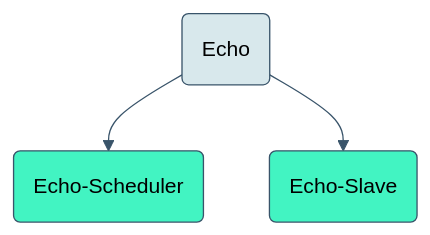
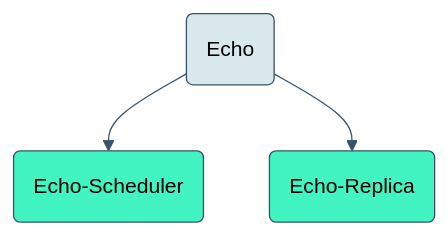
The second of 3 diagrams in reference/halyard/high-availability.md (spinnaker/spinnaker.github.io), drawn with Mermaid (forest theme) before and after one commit. The commit also changed other lines of this file, not shown here.

Commit message:
docs(halyard/ha): Rename echo-slave to recho-replicax.

```diff
--- a/reference/halyard/high-availability.md
+++ b/reference/halyard/high-availability.md
@@ -82,12 +82,12 @@
  <div class="mermaid">
  graph TB
 
  echo(Echo) --> echo-scheduler(Echo-Scheduler);
- echo(Echo) --> echo-slave(Echo-Slave);
+ echo(Echo) --> echo-replica(Echo-Replica);
 
  classDef default fill:#d8e8ec,stroke:#39546a;
  linkStyle default stroke:#39546a,stroke-width:1px,fill:none;
 
  classDef split fill:#42f4c2,stroke:#39546a;
- class clouddriver-caching,clouddriver-ro,clouddriver-rw,echo-scheduler,echo-slave split
+ class clouddriver-caching,clouddriver-ro,clouddriver-rw,echo-scheduler,echo-replica split
  </div>
```
